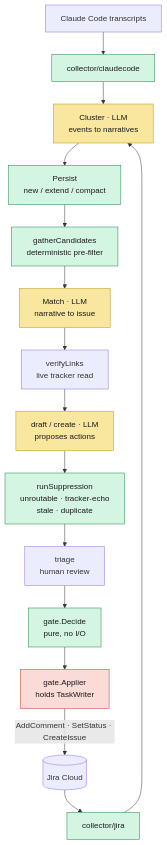
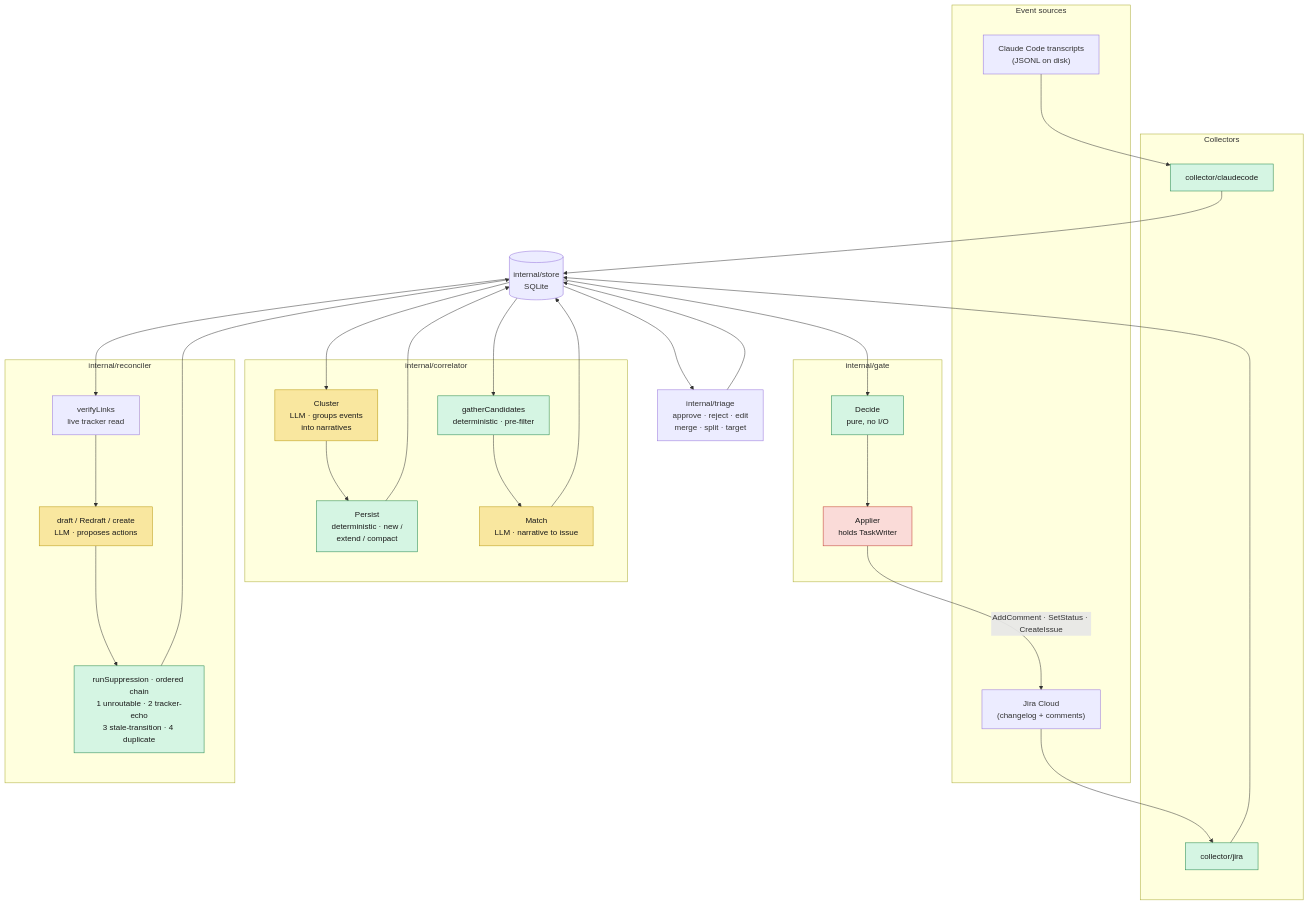
Before and after one commit to jcogilvie/unjira: the first of 4 diagrams in docs/architecture.md, drawn with Mermaid. The commit also changed other lines of this file, not shown here.

First line of the commit message:
docs: restore full diagram detail — zoom makes pixel count a non-constraint

````diff
--- a/docs/architecture.md
+++ b/docs/architecture.md
@@ -33,29 +34,54 @@
 ```mermaid
 ---
 config:
-  nodeSpacing: 50
-  rankSpacing: 45
+  nodeSpacing: 100
+  rankSpacing: 120
 ---
 flowchart TB
-    CC["Claude Code transcripts"] --> CCC["collector/claudecode"]
-    JIRA[("Jira Cloud")] --> JC["collector/jira"]
-    CCC --> CLUSTER
-    JC --> CLUSTER
-    CLUSTER["Cluster · LLM<br/>events to narratives"] --> PERSIST["Persist<br/>new / extend / compact"]
-    PERSIST --> CAND["gatherCandidates<br/>deterministic pre-filter"]
-    CAND --> MATCH["Match · LLM<br/>narrative to issue"]
-    MATCH --> VERIFY["verifyLinks<br/>live tracker read"]
-    VERIFY --> DRAFT["draft / create · LLM<br/>proposes actions"]
-    DRAFT --> FILTERS["runSuppression<br/>unroutable · tracker-echo<br/>stale · duplicate"]
-    FILTERS --> TRIAGE["triage<br/>human review"]
-    TRIAGE --> DECIDE["gate.Decide<br/>pure, no I/O"]
-    DECIDE --> APPLY["gate.Applier<br/>holds TaskWriter"]
-    APPLY -->|"AddComment · SetStatus · CreateIssue"| JIRA
+    subgraph sources["Event sources"]
+        CC["Claude Code transcripts<br/>(JSONL on disk)"]
+        JIRA["Jira Cloud<br/>(changelog + comments)"]
+    end
+
+    subgraph collectors["Collectors"]
+        CCC["collector/claudecode"]
+        JC["collector/jira"]
+    end
+
+    STORE[("internal/store<br/>SQLite")]
+
+    subgraph correlate["internal/correlator"]
+        CLUSTER["Cluster<br/>LLM · groups events<br/>into narratives"]
+        PERSIST["Persist<br/>deterministic · new /<br/>extend / compact"]
+        CAND["gatherCandidates<br/>deterministic · pre-filter"]
+        MATCH["Match<br/>LLM · narrative to issue"]
+    end
+
+    subgraph reconcile["internal/reconciler"]
+        VERIFY["verifyLinks<br/>live tracker read"]
+        DRAFT["draft / Redraft / create<br/>LLM · proposes actions"]
+        FILTERS["runSuppression · ordered chain<br/>1 unroutable · 2 tracker-echo<br/>3 stale-transition · 4 duplicate"]
+    end
+
+    TRIAGE["internal/triage<br/>approve · reject · edit<br/>merge · split · target"]
+
+    subgraph write["internal/gate"]
+        DECIDE["Decide<br/>pure, no I/O"]
+        APPLY["Applier<br/>holds TaskWriter"]
+    end
+
+    CC --> CCC --> STORE
+    JIRA --> JC --> STORE
+    STORE --> CLUSTER --> PERSIST --> STORE
+    STORE --> CAND --> MATCH --> STORE
+    STORE --> VERIFY --> DRAFT --> FILTERS --> STORE
+    STORE --> TRIAGE --> STORE
+    STORE --> DECIDE --> APPLY -->|"AddComment · SetStatus · CreateIssue"| JIRA
 
     classDef llm fill:#f9e79f,stroke:#b7950b,color:#1a1a1a
     classDef det fill:#d5f5e3,stroke:#1e8449,color:#1a1a1a
     classDef danger fill:#fadbd8,stroke:#c0392b,color:#1a1a1a
     class CLUSTER,MATCH,DRAFT llm
     class CCC,JC,PERSIST,CAND,FILTERS,DECIDE det
     class APPLY danger
 ```
````
